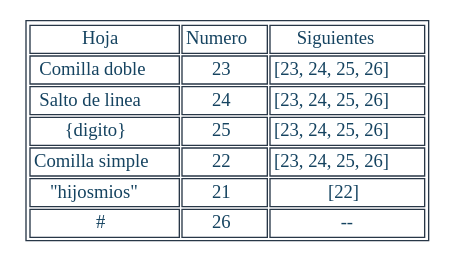
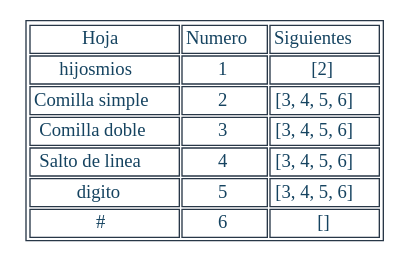
The diagram in Regexive/archivos/SIGUIENTES_201901557/EXP5.dot (JeffMendez/OCL_Proyecto1_201901557), drawn with Graphviz before and after one commit. The commit also changed 58 other files, not shown here.

```diff
--- a/Regexive/archivos/SIGUIENTES_201901557/EXP5.dot
+++ b/Regexive/archivos/SIGUIENTES_201901557/EXP5.dot
@@ -1,21 +1,21 @@
 digraph T {
 aHtmlTable [
    shape=plaintext
    color="#283747" fontcolor="#154360" label=<
 
    <table border='1' cellborder='1'>
    <tr>
       <td>Hoja</td>
       <td>Numero</td>
       <td>Siguientes</td>
-   </tr>	<tr><td>Comilla doble</td><td>23</td><td>[23, 24, 25, 26]</td></tr>
-	<tr><td>Salto de linea</td><td>24</td><td>[23, 24, 25, 26]</td></tr>
-	<tr><td>{digito}</td><td>25</td><td>[23, 24, 25, 26]</td></tr>
-	<tr><td>Comilla simple</td><td>22</td><td>[23, 24, 25, 26]</td></tr>
-	<tr><td>"hijosmios"</td><td>21</td><td>[22]</td></tr>
-<tr><td>#</td><td>26</td><td>--</td></tr>	
+   </tr>	<tr><td>hijosmios</td><td>1</td><td>[2]</td></tr>
+	<tr><td>Comilla simple</td><td>2</td><td>[3, 4, 5, 6]</td></tr>
+	<tr><td>Comilla doble</td><td>3</td><td>[3, 4, 5, 6]</td></tr>
+	<tr><td>Salto de linea</td><td>4</td><td>[3, 4, 5, 6]</td></tr>
+	<tr><td>digito</td><td>5</td><td>[3, 4, 5, 6]</td></tr>
+	<tr><td>#</td><td>6</td><td>[]</td></tr>
 </table>
 
    >]; 
 
 }
```
